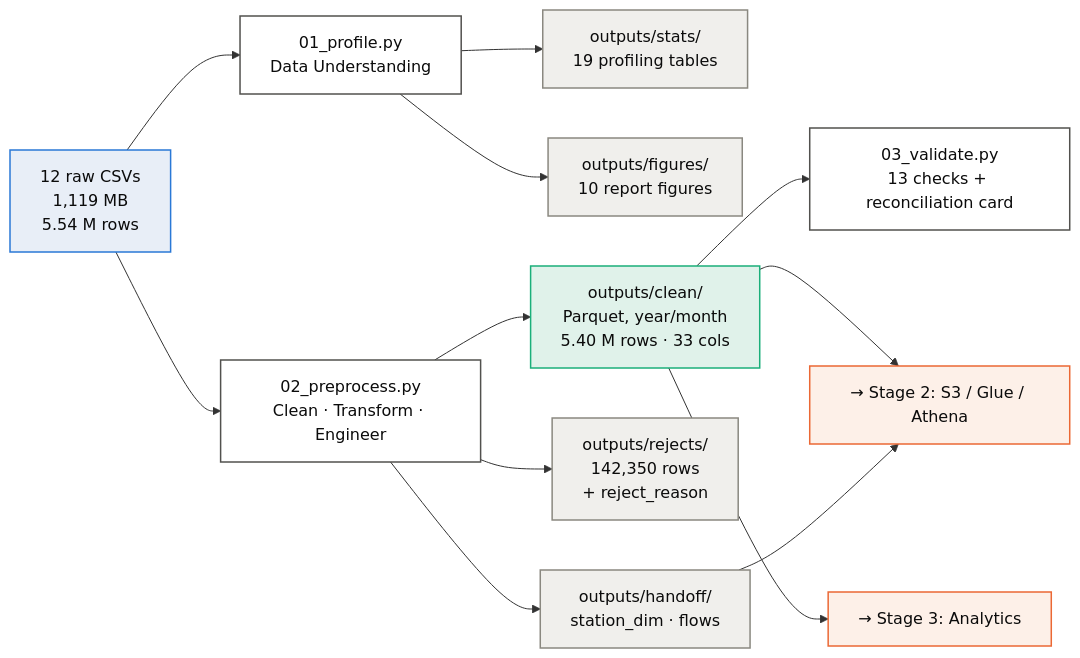
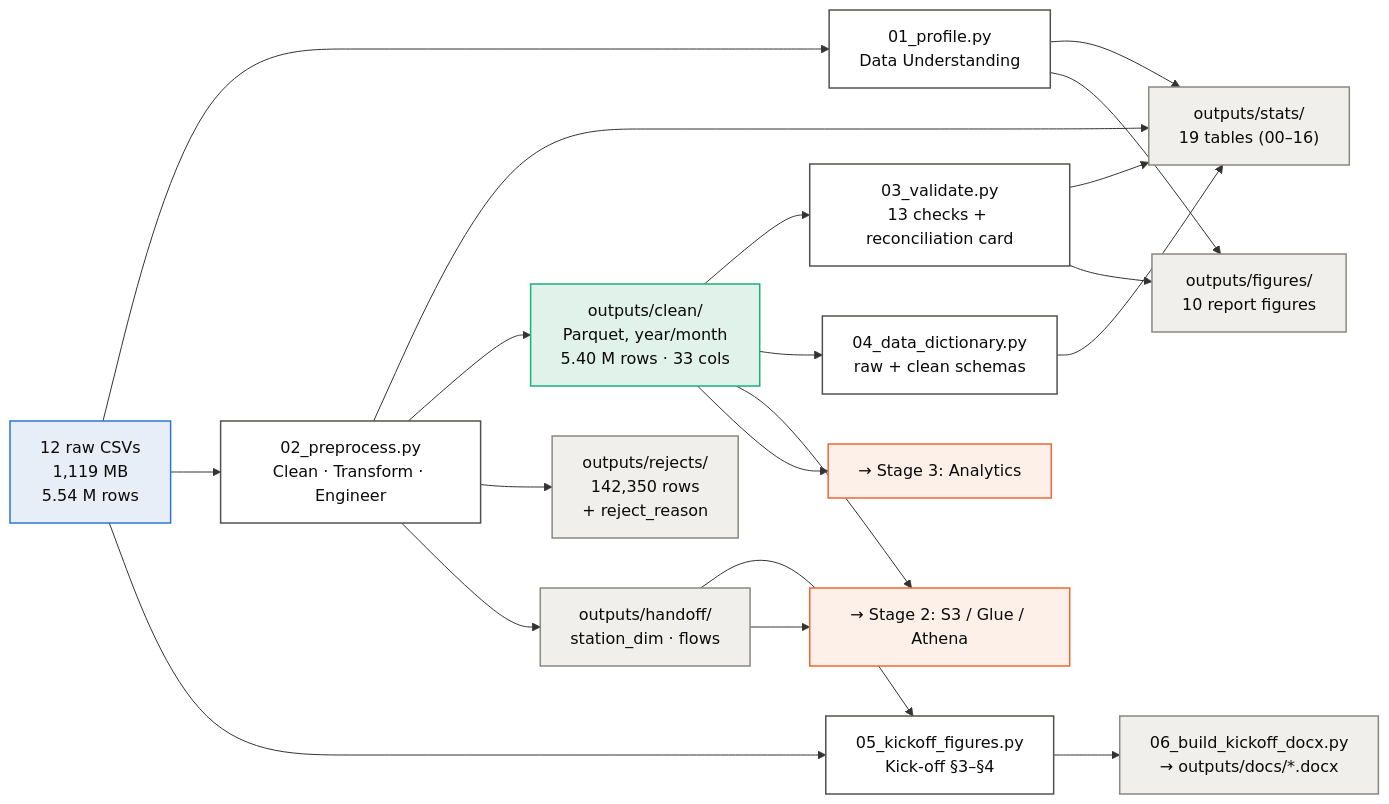
One commit to lANXEZ/DES431-BigData-Project changed the diagram in README.md. Above: the diagram before and after it, drawn with Mermaid. The commit also changed other lines of this file and 4 other files, not shown here.

````diff
--- a/README.md
+++ b/README.md
@@ -110,26 +118,34 @@
 ```mermaid
 flowchart LR
     A["12 raw CSVs<br/>1,119 MB<br/>5.54 M rows"] --> B["01_profile.py<br/>Data Understanding"]
     A --> C["02_preprocess.py<br/>Clean · Transform · Engineer"]
-    B --> S["outputs/stats/<br/>19 profiling tables"]
+    A --> K["05_kickoff_figures.py<br/>Kick-off §3–§4"]
+    B --> S["outputs/stats/<br/>19 tables (00–16)"]
     B --> F["outputs/figures/<br/>10 report figures"]
+    C --> S
     C --> D["outputs/clean/<br/>Parquet, year/month<br/>5.40 M rows · 33 cols"]
     C --> R["outputs/rejects/<br/>142,350 rows<br/>+ reject_reason"]
     C --> H["outputs/handoff/<br/>station_dim · flows"]
     D --> V["03_validate.py<br/>13 checks + reconciliation card"]
+    D --> DD["04_data_dictionary.py<br/>raw + clean schemas"]
+    V --> S
+    V --> F
+    DD --> S
+    H --> K
+    K --> W["06_build_kickoff_docx.py<br/>→ outputs/docs/*.docx"]
     D --> N["→ Stage 2: S3 / Glue / Athena"]
     H --> N
     D --> M["→ Stage 3: Analytics"]
 
     classDef input   fill:#e8eef7,stroke:#2a78d6,stroke-width:1.5px,color:#0b0b0b
     classDef proc    fill:#ffffff,stroke:#52514e,stroke-width:1.5px,color:#0b0b0b
     classDef output  fill:#f0efec,stroke:#8a8880,stroke-width:1.5px,color:#0b0b0b
     classDef curated fill:#e0f2ea,stroke:#1baf7a,stroke-width:1.5px,color:#0b0b0b
     classDef next    fill:#fdf0e8,stroke:#eb6834,stroke-width:1.5px,color:#0b0b0b
 
     class A input
-    class B,C,V proc
-    class S,F,R,H output
+    class B,C,V,DD,K proc
+    class S,F,R,H,W output
     class D curated
     class N,M next
 ```
````
